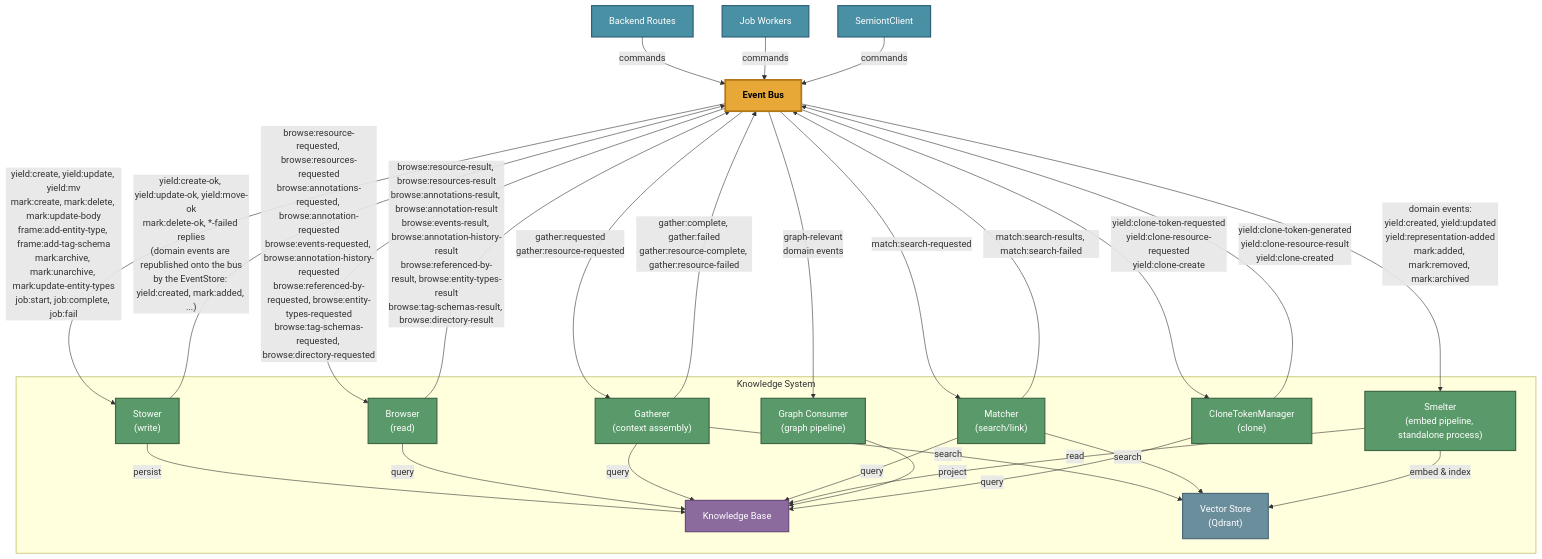
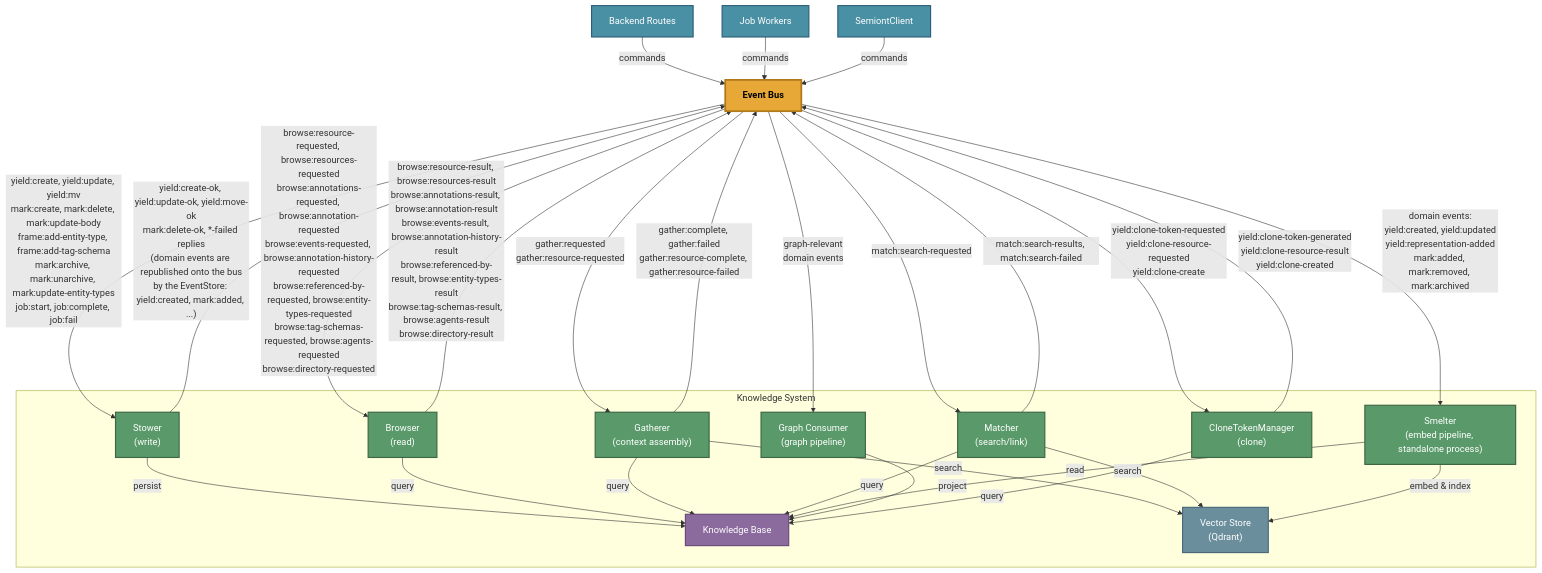
One commit to The-AI-Alliance/semiont changed the diagram in packages/make-meaning/README.md. Above: the diagram before and after it, drawn with Mermaid. The commit also changed other lines of this file and 31 other files, not shown here.

First line of the commit message:
Collaborator directory v1: browse.agents() — TOML-derived software roster + DID host-skew fix (#973)

````diff
--- a/packages/make-meaning/README.md
+++ b/packages/make-meaning/README.md
@@ -104,54 +104,54 @@
 ```mermaid
 graph TB
     Routes["Backend Routes"] -->|commands| BUS["Event Bus"]
     Workers["Job Workers"] -->|commands| BUS
     EBC["SemiontClient"] -->|commands| BUS
 
     subgraph ks ["Knowledge System"]
         STOWER["Stower<br/>(write)"]
         BROWSER["Browser<br/>(read)"]
         GATHERER["Gatherer<br/>(context assembly)"]
         MATCHER["Matcher<br/>(search/link)"]
         SMELTER["Smelter<br/>(embed pipeline, standalone process)"]
         GC["Graph Consumer<br/>(graph pipeline)"]
         CTM["CloneTokenManager<br/>(clone)"]
         KB["Knowledge Base"]
         VECTORS["Vector Store<br/>(Qdrant)"]
         STOWER -->|persist| KB
         BROWSER -->|query| KB
         GATHERER -->|query| KB
         GATHERER -->|search| VECTORS
         MATCHER -->|query| KB
         MATCHER -->|search| VECTORS
         SMELTER -->|embed & index| VECTORS
         SMELTER -->|read| KB
         GC -->|project| KB
         CTM -->|query| KB
     end
 
     BUS -->|"yield:create, yield:update, yield:mv<br/>mark:create, mark:delete, mark:update-body<br/>frame:add-entity-type, frame:add-tag-schema<br/>mark:archive, mark:unarchive, mark:update-entity-types<br/>job:start, job:complete, job:fail"| STOWER
-    BUS -->|"browse:resource-requested, browse:resources-requested<br/>browse:annotations-requested, browse:annotation-requested<br/>browse:events-requested, browse:annotation-history-requested<br/>browse:referenced-by-requested, browse:entity-types-requested<br/>browse:tag-schemas-requested, browse:directory-requested"| BROWSER
+    BUS -->|"browse:resource-requested, browse:resources-requested<br/>browse:annotations-requested, browse:annotation-requested<br/>browse:events-requested, browse:annotation-history-requested<br/>browse:referenced-by-requested, browse:entity-types-requested<br/>browse:tag-schemas-requested, browse:agents-requested<br/>browse:directory-requested"| BROWSER
     BUS -->|"gather:requested<br/>gather:resource-requested"| GATHERER
     BUS -->|"match:search-requested"| MATCHER
     BUS -->|"domain events:<br/>yield:created, yield:updated<br/>yield:representation-added<br/>mark:added, mark:removed, mark:archived"| SMELTER
     BUS -->|"graph-relevant<br/>domain events"| GC
     BUS -->|"yield:clone-token-requested<br/>yield:clone-resource-requested<br/>yield:clone-create"| CTM
 
     STOWER -->|"yield:create-ok, yield:update-ok, yield:move-ok<br/>mark:delete-ok, *-failed replies<br/>(domain events are republished onto the bus<br/>by the EventStore: yield:created, mark:added, ...)"| BUS
-    BROWSER -->|"browse:resource-result, browse:resources-result<br/>browse:annotations-result, browse:annotation-result<br/>browse:events-result, browse:annotation-history-result<br/>browse:referenced-by-result, browse:entity-types-result<br/>browse:tag-schemas-result, browse:directory-result"| BUS
+    BROWSER -->|"browse:resource-result, browse:resources-result<br/>browse:annotations-result, browse:annotation-result<br/>browse:events-result, browse:annotation-history-result<br/>browse:referenced-by-result, browse:entity-types-result<br/>browse:tag-schemas-result, browse:agents-result<br/>browse:directory-result"| BUS
     GATHERER -->|"gather:complete, gather:failed<br/>gather:resource-complete, gather:resource-failed"| BUS
     MATCHER -->|"match:search-results, match:search-failed"| BUS
     CTM -->|"yield:clone-token-generated<br/>yield:clone-resource-result<br/>yield:clone-created"| BUS
 
     classDef bus fill:#e8a838,stroke:#b07818,stroke-width:3px,color:#000,font-weight:bold
     classDef actor fill:#5a9a6a,stroke:#3d6644,stroke-width:2px,color:#fff
     classDef kb fill:#8b6b9d,stroke:#6b4a7a,stroke-width:2px,color:#fff
     classDef caller fill:#4a90a4,stroke:#2c5f7a,stroke-width:2px,color:#fff
 
     class BUS bus
     classDef vectorstore fill:#6b8e9d,stroke:#4a6a7a,stroke-width:2px,color:#fff
     class STOWER,BROWSER,GATHERER,MATCHER,SMELTER,GC,CTM actor
     class KB kb
     class VECTORS vectorstore
     class Routes,Workers,EBC caller
 ```
````
